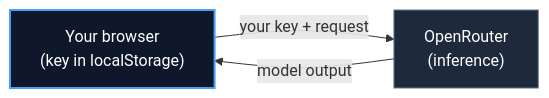
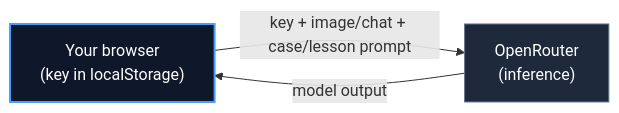
One commit to JamesWeatherhead/CaseAttend changed the diagram in README.md. Above: the diagram before and after it, drawn with Mermaid. The commit also changed other lines of this file and 16 other files, not shown here.

````diff
--- a/README.md
+++ b/README.md
@@ -112,9 +116,9 @@
 ```mermaid
 flowchart LR
-    B["Your browser<br/>(key in localStorage)"] -- "your key + request" --> OR["OpenRouter<br/>(inference)"]
+    B["Your browser<br/>(key in localStorage)"] -- "key + image/chat + case/lesson prompt" --> OR["OpenRouter<br/>(inference)"]
     OR -- "model output" --> B
     classDef ours fill:#0F172A,stroke:#4A9EF7,stroke-width:2px,color:#ffffff;
     classDef ext fill:#1E293B,stroke:#64748B,stroke-width:1px,color:#ffffff;
     class B ours;
     class OR ext;
 ```
````
